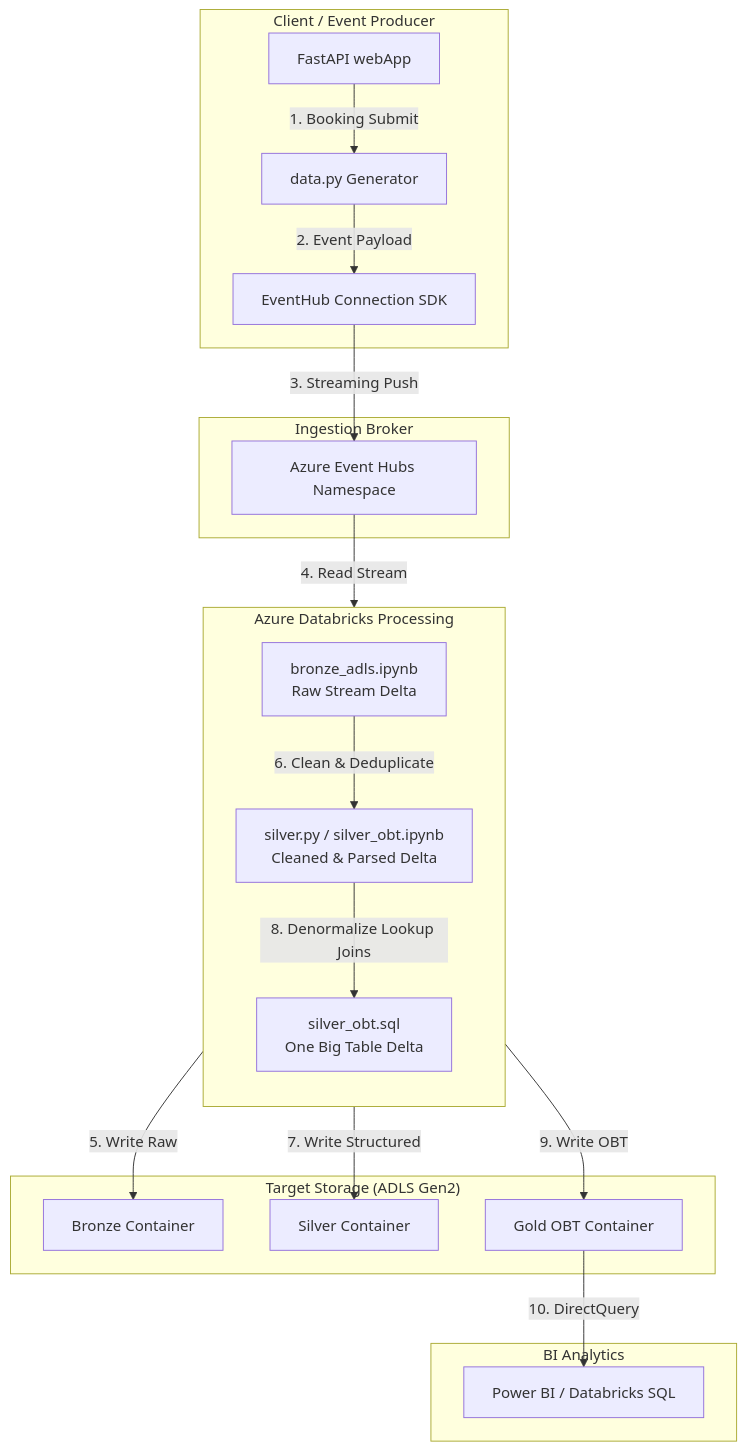
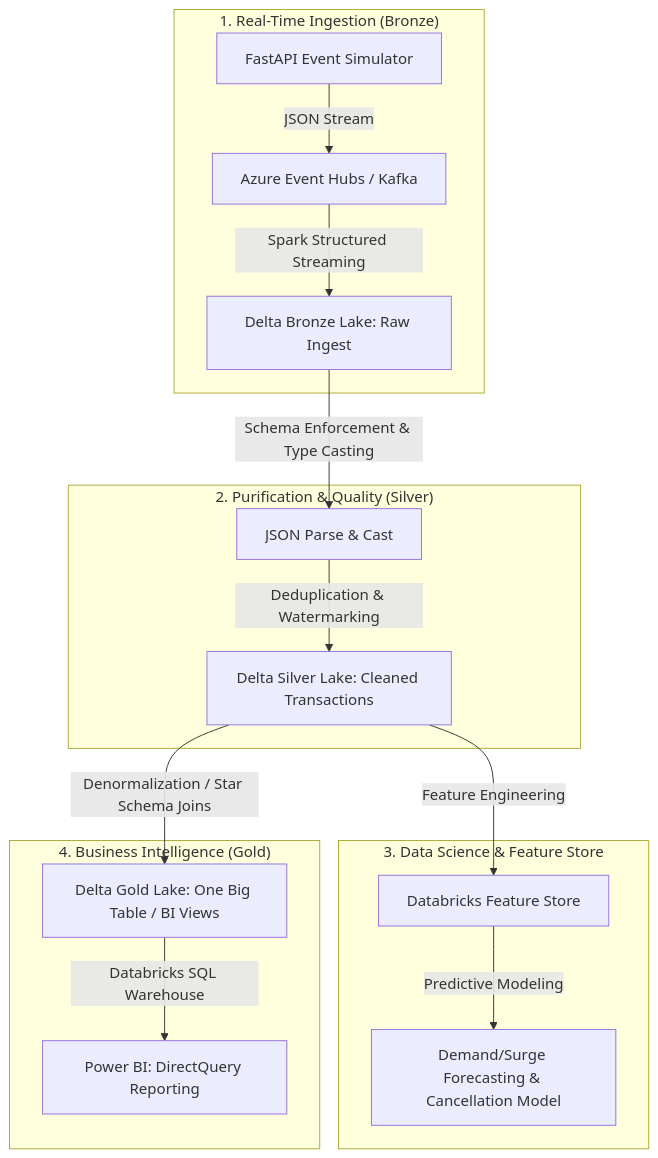
Before and after one commit to pavankumarM1998/Veyro: the diagram in README.md, drawn with Mermaid. The commit also changed other lines of this file, not shown here.

Commit message:
docs: add professional medallion lakehouse architecture details to README.md

````diff
--- a/README.md
+++ b/README.md
@@ -29,41 +18,22 @@
 ```mermaid
 flowchart TD
-    subgraph Client ["Client / Event Producer"]
-        UI[FastAPI webApp]
-        Gen[data.py Generator]
-        HubSDK[EventHub Connection SDK]
+    subgraph Ingestion ["1. Real-Time Ingestion (Bronze)"]
+        Producer[FastAPI Event Simulator] -->|JSON Stream| EventHubs[Azure Event Hubs / Kafka]
+        EventHubs -->|Spark Structured Streaming| DeltaBronze[Delta Bronze Lake: Raw Ingest]
     end
 
-    subgraph Ingestion ["Ingestion Broker"]
-        EH[Azure Event Hubs Namespace]
+    subgraph Refining ["2. Purification & Quality (Silver)"]
+        DeltaBronze -->|Schema Enforcement & Type Casting| Parsing[JSON Parse & Cast]
+        Parsing -->|Deduplication & Watermarking| DeltaSilver[Delta Silver Lake: Cleaned Transactions]
     end
 
-    subgraph Databricks ["Azure Databricks Processing"]
-        direction TB
-        Bronze[bronze_adls.ipynb <br> Raw Stream Delta]
-        Silver[silver.py / silver_obt.ipynb <br> Cleaned & Parsed Delta]
-        Gold[silver_obt.sql <br> One Big Table Delta]
+    subgraph DataScience ["3. Data Science & Feature Store"]
+        DeltaSilver -->|Feature Engineering| MLStore[Databricks Feature Store]
+        MLStore -->|Predictive Modeling| SurgeModel[Demand/Surge Forecasting & Cancellation Model]
     end
 
-    subgraph Storage ["Target Storage (ADLS Gen2)"]
-        RawB[Bronze Container]
-        CleanS[Silver Container]
-        ObtG[Gold OBT Container]
+    subgraph Serving ["4. Business Intelligence (Gold)"]
+        DeltaSilver -->|Denormalization / Star Schema Joins| GoldOBT[Delta Gold Lake: One Big Table / BI Views]
+        GoldOBT -->|Databricks SQL Warehouse| PowerBI[Power BI: DirectQuery Reporting]
     end
-
-    subgraph Serving ["BI Analytics"]
-        PBI[Power BI / Databricks SQL]
-    end
-
-    %% Data Connections
-    UI -->|1. Booking Submit| Gen
-    Gen -->|2. Event Payload| HubSDK
-    HubSDK -->|3. Streaming Push| EH
-    EH -->|4. Read Stream| Bronze
-    Bronze -->|5. Write Raw| RawB
-    Bronze -->|6. Clean & Deduplicate| Silver
-    Silver -->|7. Write Structured| CleanS
-    Silver -->|8. Denormalize Lookup Joins| Gold
-    Gold -->|9. Write OBT| ObtG
-    ObtG -->|10. DirectQuery| PBI
 ```
````
